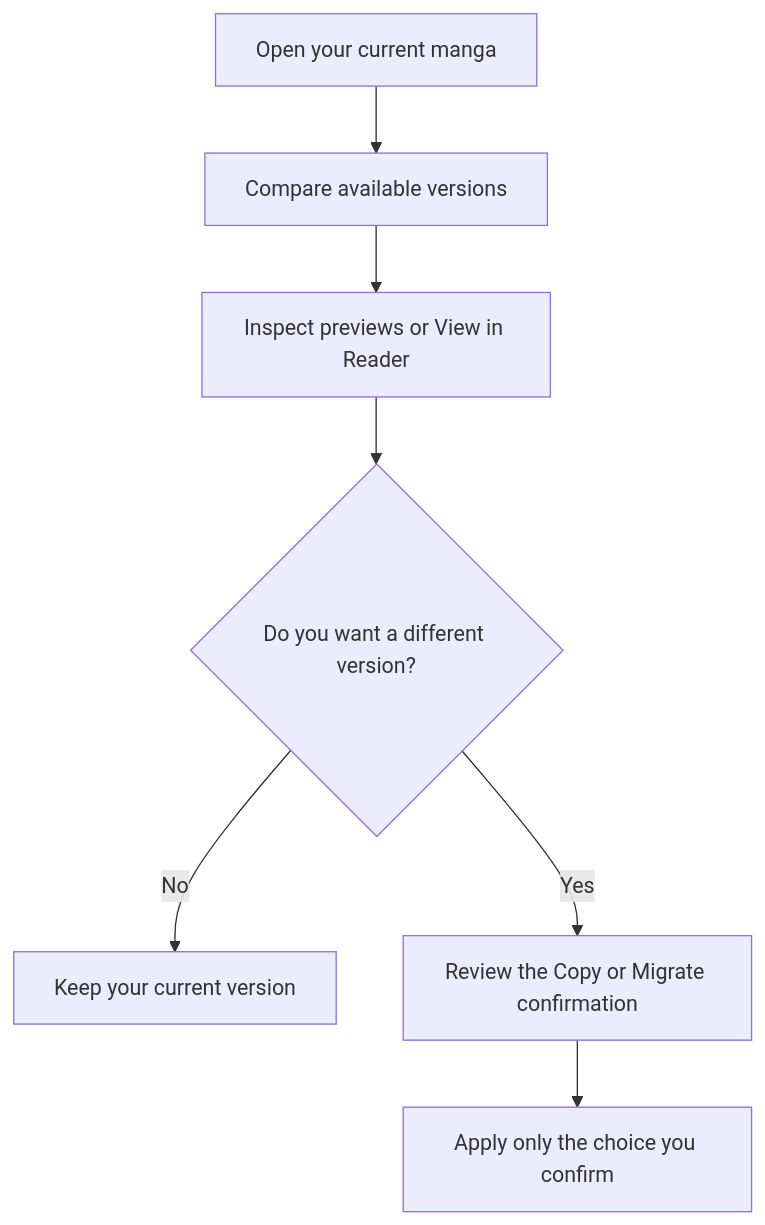
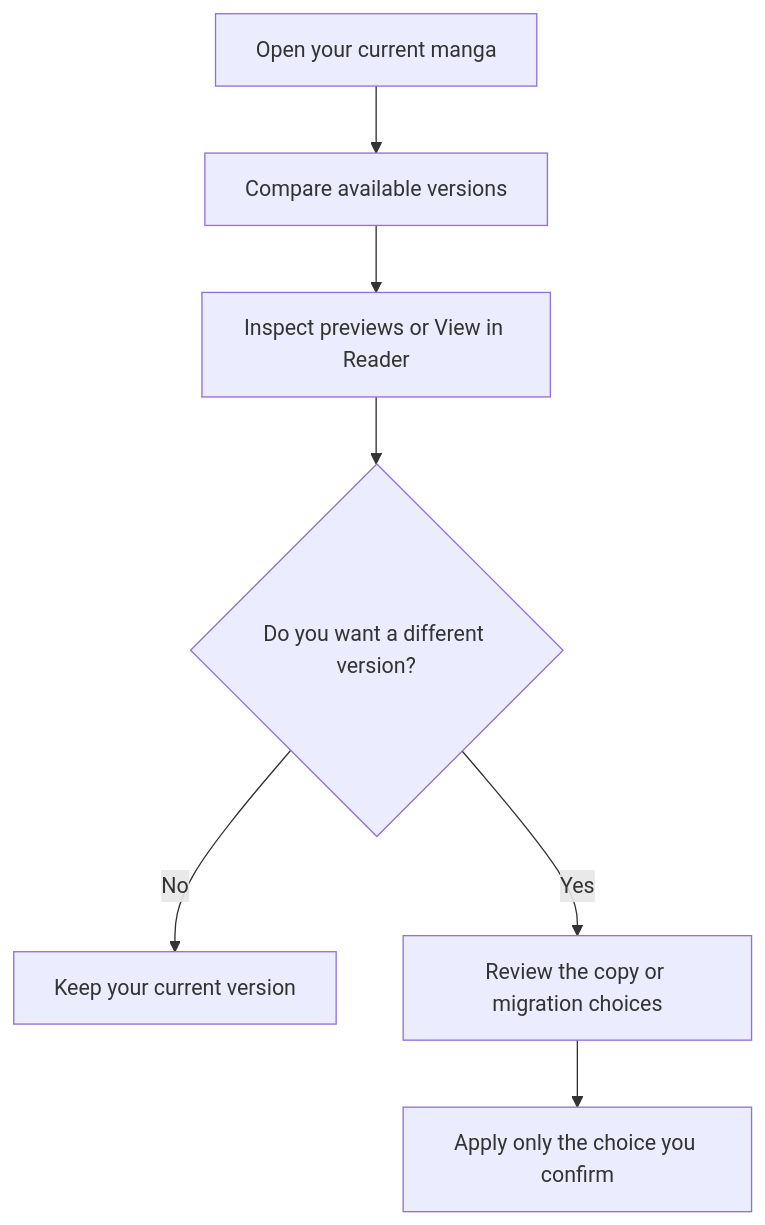
The third of 5 diagrams in docs/kmk/feature-guides/overview.md (FancyCorey/komikku-fc), drawn with Mermaid before and after one commit. The commit also changed other lines of this file and 285 other files, not shown here.

````diff
--- a/docs/kmk/feature-guides/overview.md
+++ b/docs/kmk/feature-guides/overview.md
@@ -48,9 +48,9 @@
 ```mermaid
 flowchart TD
     Current["Open your current manga"] --> Compare["Compare available versions"]
     Compare --> Preview["Inspect previews or View in Reader"]
     Preview --> Decide{"Do you want a different version?"}
     Decide -->|No| Keep["Keep your current version"]
-    Decide -->|Yes| Confirm["Review the Copy or Migrate confirmation"]
+    Decide -->|Yes| Confirm["Review the copy or migration choices"]
     Confirm --> Choice["Apply only the choice you confirm"]
 ```
````
